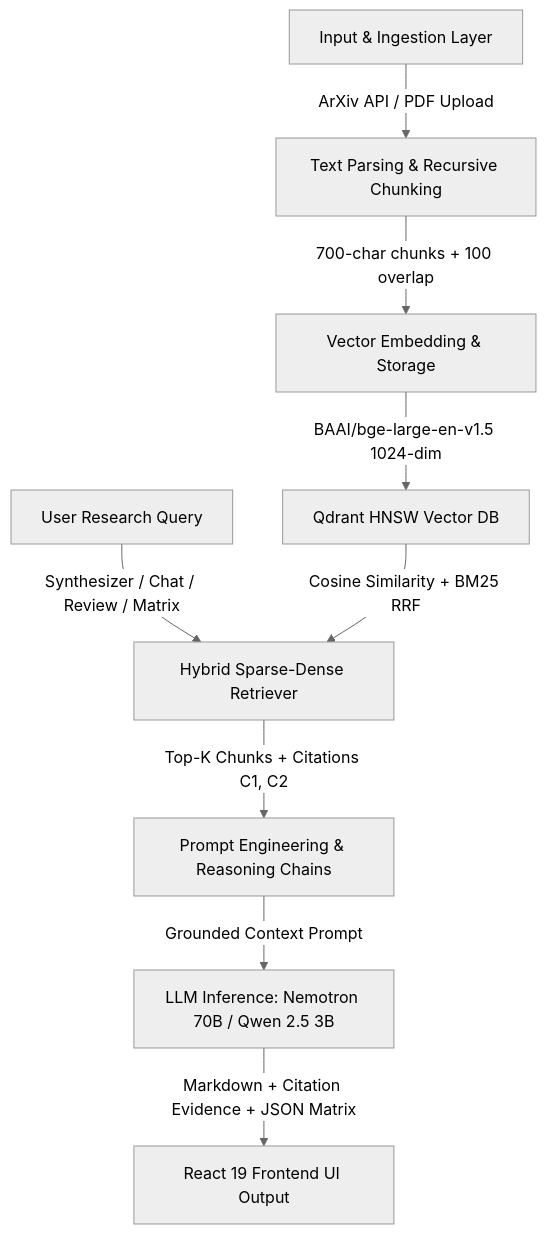
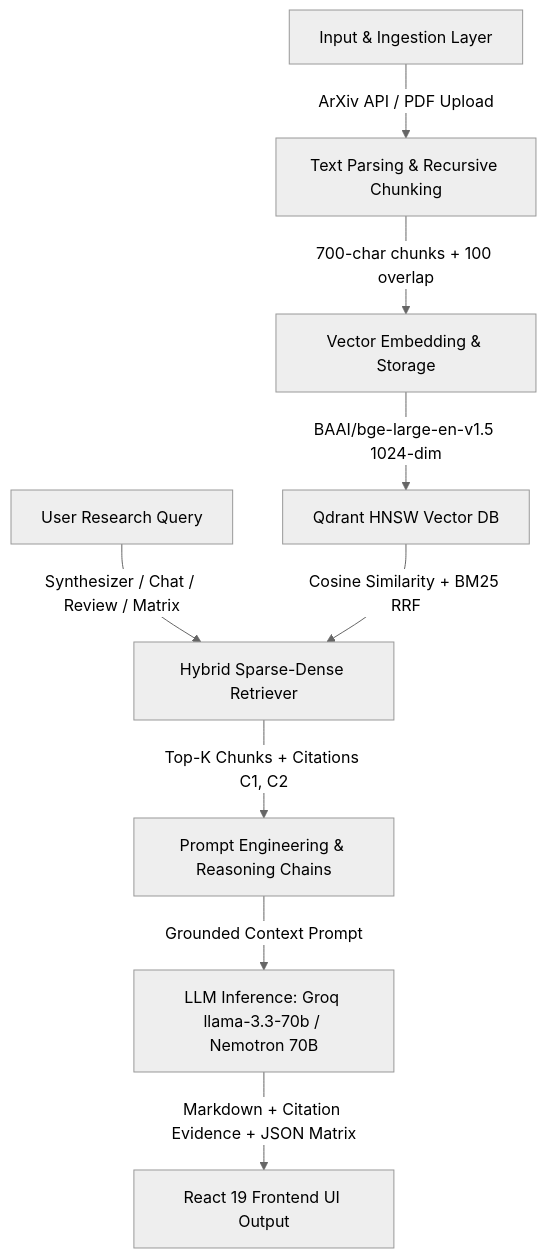
Before and after one commit to deeppawarofficial-sudo/PY_KNL_SYS: the diagram in README.md, drawn with Mermaid (neutral theme). The commit also changed other lines of this file and 4 other files, not shown here.

Commit message:
Update README with new screenshots, Midnight Blue theme, sidebar layout, Groq primary LLM

````diff
--- a/README.md
+++ b/README.md
@@ -40,14 +36,14 @@
 ```mermaid
 flowchart TD
     A["Input & Ingestion Layer"] -->|"ArXiv API / PDF Upload"| B["Text Parsing & Recursive Chunking"]
     B -->|"700-char chunks + 100 overlap"| C["Vector Embedding & Storage"]
     C -->|"BAAI/bge-large-en-v1.5 1024-dim"| D["Qdrant HNSW Vector DB"]
     
     E["User Research Query"] -->|"Synthesizer / Chat / Review / Matrix"| F["Hybrid Sparse-Dense Retriever"]
     D -->|"Cosine Similarity + BM25 RRF"| F
     
     F -->|"Top-K Chunks + Citations C1, C2"| G["Prompt Engineering & Reasoning Chains"]
-    G -->|"Grounded Context Prompt"| H["LLM Inference: Nemotron 70B / Qwen 2.5 3B"]
+    G -->|"Grounded Context Prompt"| H["LLM Inference: Groq llama-3.3-70b / Nemotron 70B"]
     
     H -->|"Markdown + Citation Evidence + JSON Matrix"| I["React 19 Frontend UI Output"]
 ```
````
